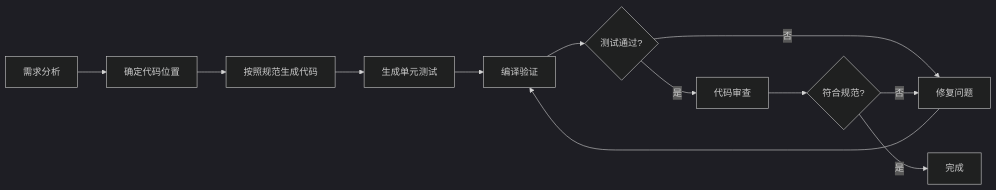
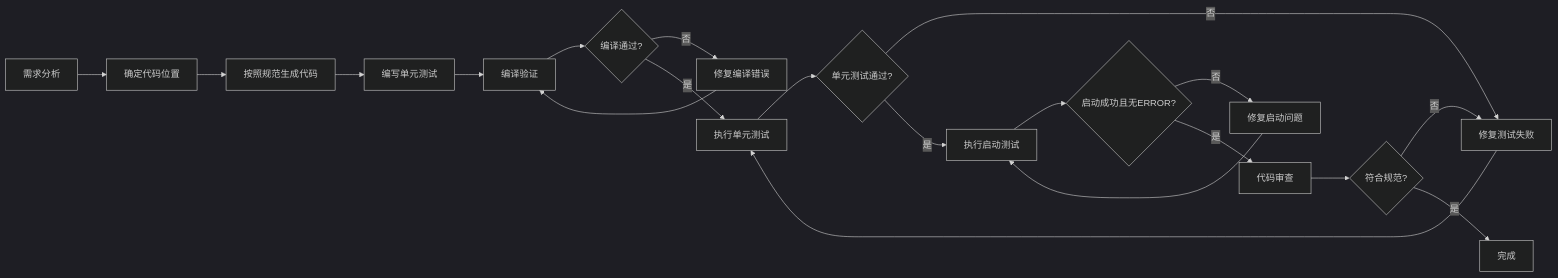
The diagram in CLAUDE.md (LeoNardo-LB/web-quick-start-domain), drawn with Mermaid (dark theme) before and after one commit. The commit also changed other lines of this file and 220 other files, not shown here.

````diff
--- a/CLAUDE.md
+++ b/CLAUDE.md
@@ -1032,14 +1241,22 @@
 ```mermaid
 graph LR
     A[需求分析] --> B[确定代码位置]
     B --> C[按照规范生成代码]
-    C --> D[生成单元测试]
+    C --> D[编写单元测试]
     D --> E[编译验证]
-    E --> F{测试通过?}
-    F -->|否| G[修复问题]
+    E --> F{编译通过?}
+    F -->|否| G[修复编译错误]
     G --> E
-    F -->|是| H[代码审查]
-    H --> I{符合规范?}
-    I -->|否| G
-    I -->|是| J[完成]
+    F -->|是| H[执行单元测试]
+    H --> I{单元测试通过?}
+    I -->|否| J[修复测试失败]
+    J --> H
+    I -->|是| K[执行启动测试]
+    K --> L{启动成功且无ERROR?}
+    L -->|否| M[修复启动问题]
+    M --> K
+    L -->|是| N[代码审查]
+    N --> O{符合规范?}
+    O -->|否| J
+    O -->|是| P[完成]
 ```
````
